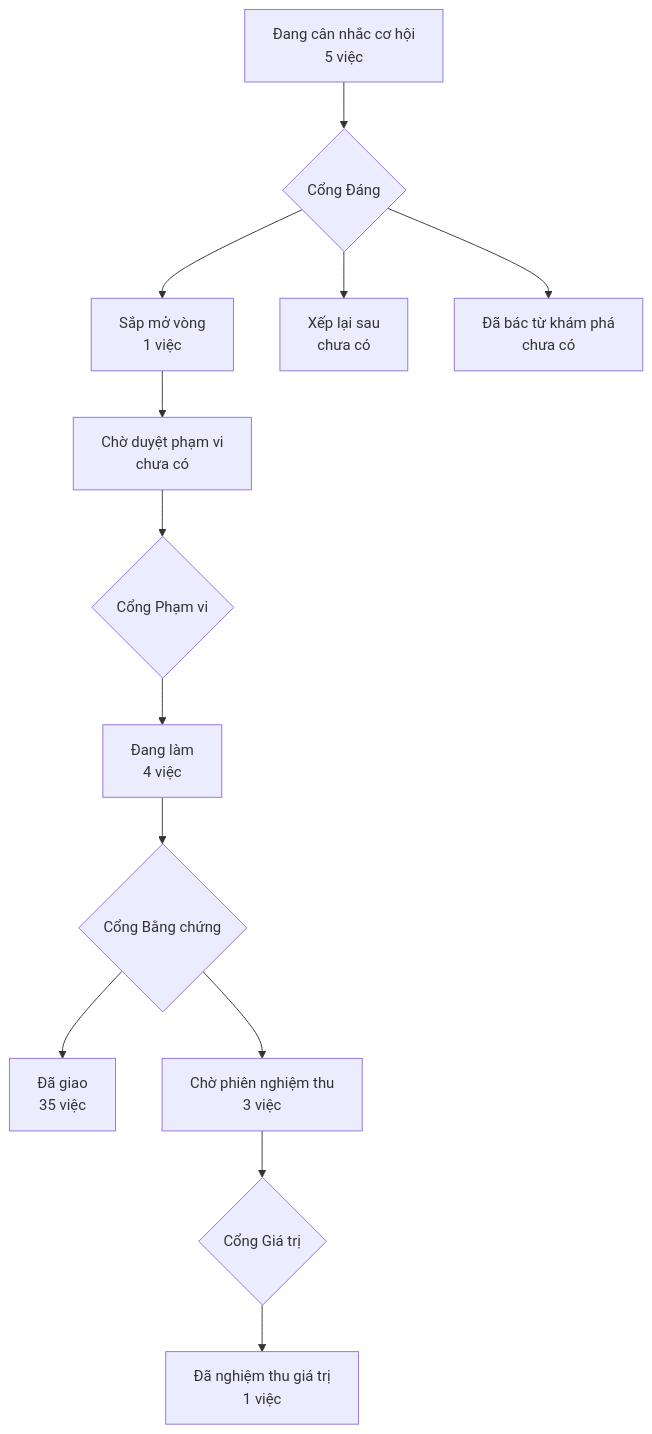
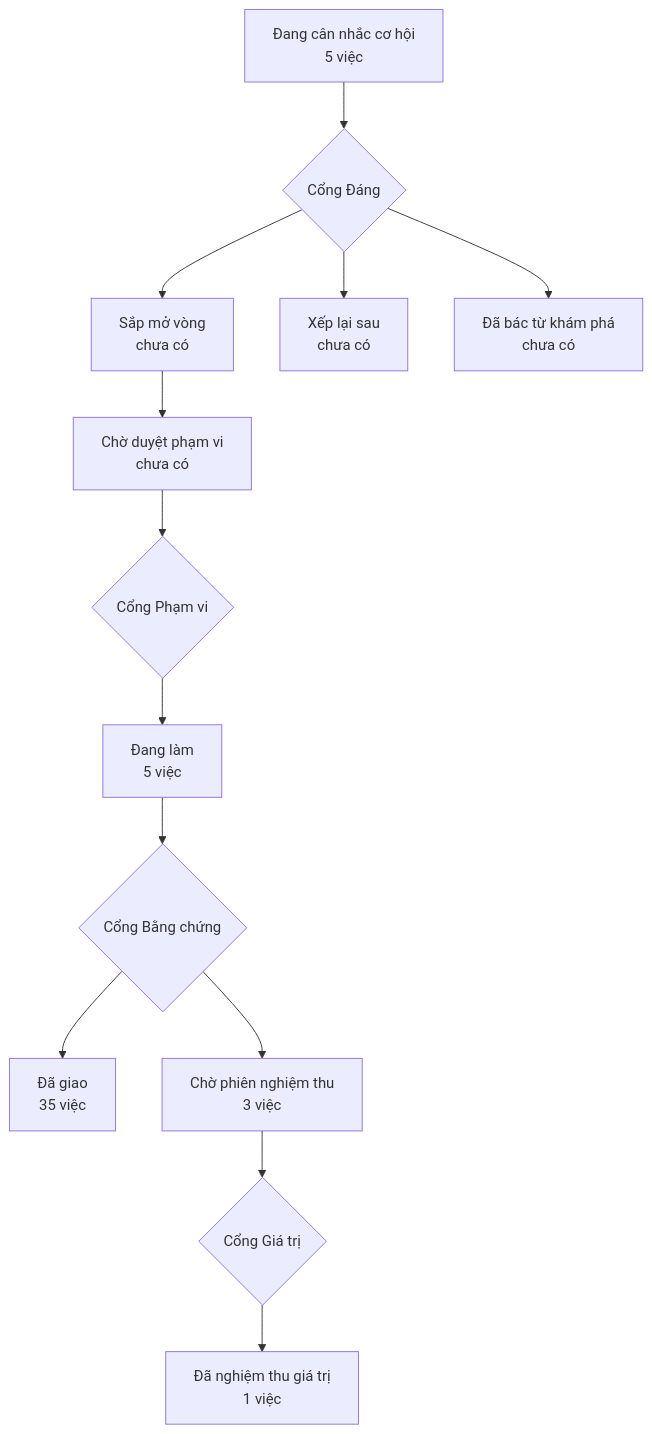
Before and after one commit to phanlemanh/crm-onehub: the diagram in PRODUCT-MAP.md, drawn with Mermaid. The commit also changed other lines of this file and 2 other files, not shown here.

Commit message:
gate1(dieu-phoi-30-ngay-dau): duyet pham vi
approved_by: Manh Phan · approved_at: 2026-09-20T11:03:08Z

14 tieu chi, 15 eval, do phu bon truc, duong do noi bon nguong da ky o Cong
Dang. Phan bien context sach: 1 P0 + 3 P1 + 1 P2, ca nam da va truoc khi
trinh the. Ban bam duoc qua hai vong va, vong sau rut tu tra mau thi truong.

Luoi do phu tra ve mot canh bao W6 (dong 45 dung chu 'thanh cong', tu dien
liet no vao danh sach tranh cua muc Chot). Doc la trung chuoi nhung truot
nghia: o day 'thanh cong' la thu tuc chay trot lot, khong phai mot thoa thuan
di toi ket cuc tot — va ban luat ngon ngu mat nguoi khai ro phan Given/When/
Then cua hop dong la mat MAY, N6 khong ap o do. Khong tu sua chu trong thu
nguoi vua duyet.

Con mot co vang tren the ma nguoi ky da thay: nen ha tang co chan DO — ba
script cong vendored trong kho lech so voi ban dang chay, he qua cua kit len
2.17.0.

````diff
--- a/PRODUCT-MAP.md
+++ b/PRODUCT-MAP.md
@@ -6,12 +6,12 @@
 ```mermaid
 flowchart TD
   A["Đang cân nhắc cơ hội<br/>5 việc"] --> GD{"Cổng Đáng"}
-  GD --> B["Sắp mở vòng<br/>1 việc"]
+  GD --> B["Sắp mở vòng<br/>chưa có"]
   GD --> XL["Xếp lại sau<br/>chưa có"]
   GD --> DB["Đã bác từ khám phá<br/>chưa có"]
   B --> CD["Chờ duyệt phạm vi<br/>chưa có"] --> GP{"Cổng Phạm vi"}
-  GP --> DL["Đang làm<br/>4 việc"] --> GB{"Cổng Bằng chứng"}
+  GP --> DL["Đang làm<br/>5 việc"] --> GB{"Cổng Bằng chứng"}
   GB --> DG["Đã giao<br/>35 việc"]
   GB --> CN["Chờ phiên nghiệm thu<br/>3 việc"] --> GG{"Cổng Giá trị"}
   GG --> NT["Đã nghiệm thu giá trị<br/>1 việc"]
 ```
````
